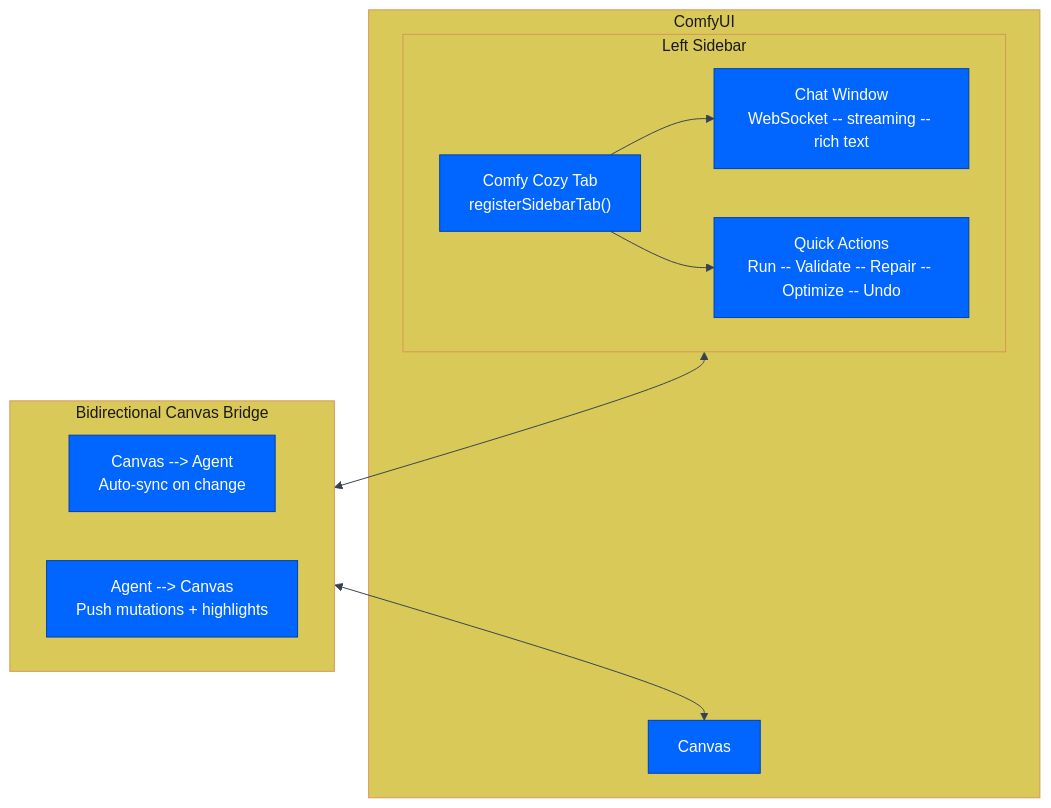
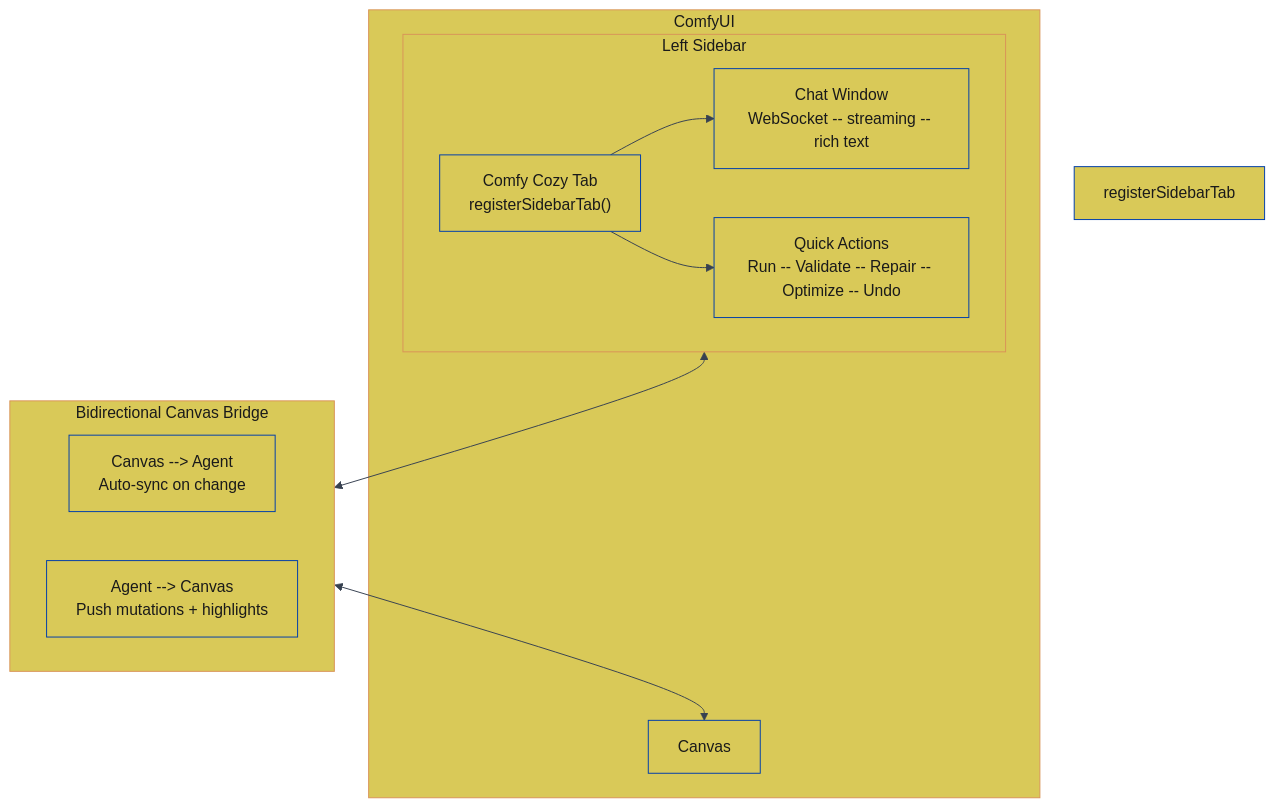
Before and after one commit to JosephOIbrahim/Comfy-Cozy: diagram 14 of 27 in README.md, drawn with Mermaid. The commit also changed other lines of this file, not shown here.

First line of the commit message:
[DOCS] Normalize mermaid palette: force two-tone orange/yellow with black text

````diff
--- a/README.md
+++ b/README.md
@@ -709,26 +758,33 @@
 ```mermaid
 %%{init: {'theme':'base','themeVariables': {'primaryColor':'#0066FF','primaryTextColor':'#ffffff','primaryBorderColor':'#003eaa','lineColor':'#374151','secondaryColor':'#374151','tertiaryColor':'#1f2937','fontFamily':'monospace'}}}%%
 graph TB
     subgraph ComfyUI_App ["ComfyUI"]
         subgraph Sidebar ["Left Sidebar"]
             Tab["Comfy Cozy Tab<br/>registerSidebarTab()"]
             Chat["Chat Window<br/>WebSocket -- streaming -- rich text"]
             QA["Quick Actions<br/>Run -- Validate -- Repair -- Optimize -- Undo"]
         end
         Canvas["Canvas"]
     end
 
     subgraph Bridge ["Bidirectional Canvas Bridge"]
         C2A["Canvas --> Agent<br/>Auto-sync on change"]
         A2C["Agent --> Canvas<br/>Push mutations + highlights"]
     end
 
     Tab --> Chat
     Tab --> QA
     Sidebar <--> Bridge
     Bridge <--> Canvas
 
     style ComfyUI_App fill:#d9c958,color:#1a1a1a,stroke:#d99458
     style Sidebar fill:#d9c958,color:#1a1a1a,stroke:#d99458
     style Bridge fill:#d9c958,color:#1a1a1a,stroke:#d99458
+    style Tab fill:#d9c958,color:#1a1a1a
+    style registerSidebarTab fill:#d9c958,color:#1a1a1a
+    style Chat fill:#d9c958,color:#1a1a1a
+    style QA fill:#d9c958,color:#1a1a1a
+    style Canvas fill:#d9c958,color:#1a1a1a
+    style C2A fill:#d9c958,color:#1a1a1a
+    style A2C fill:#d9c958,color:#1a1a1a
 ```
````
